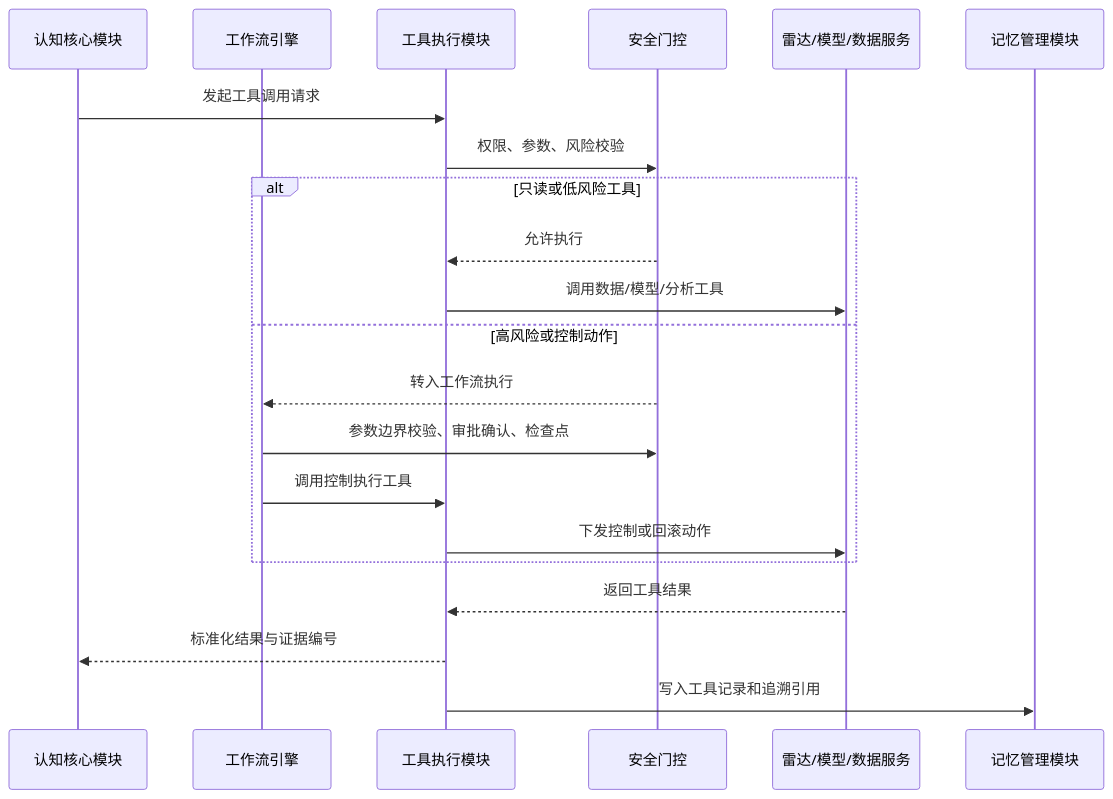
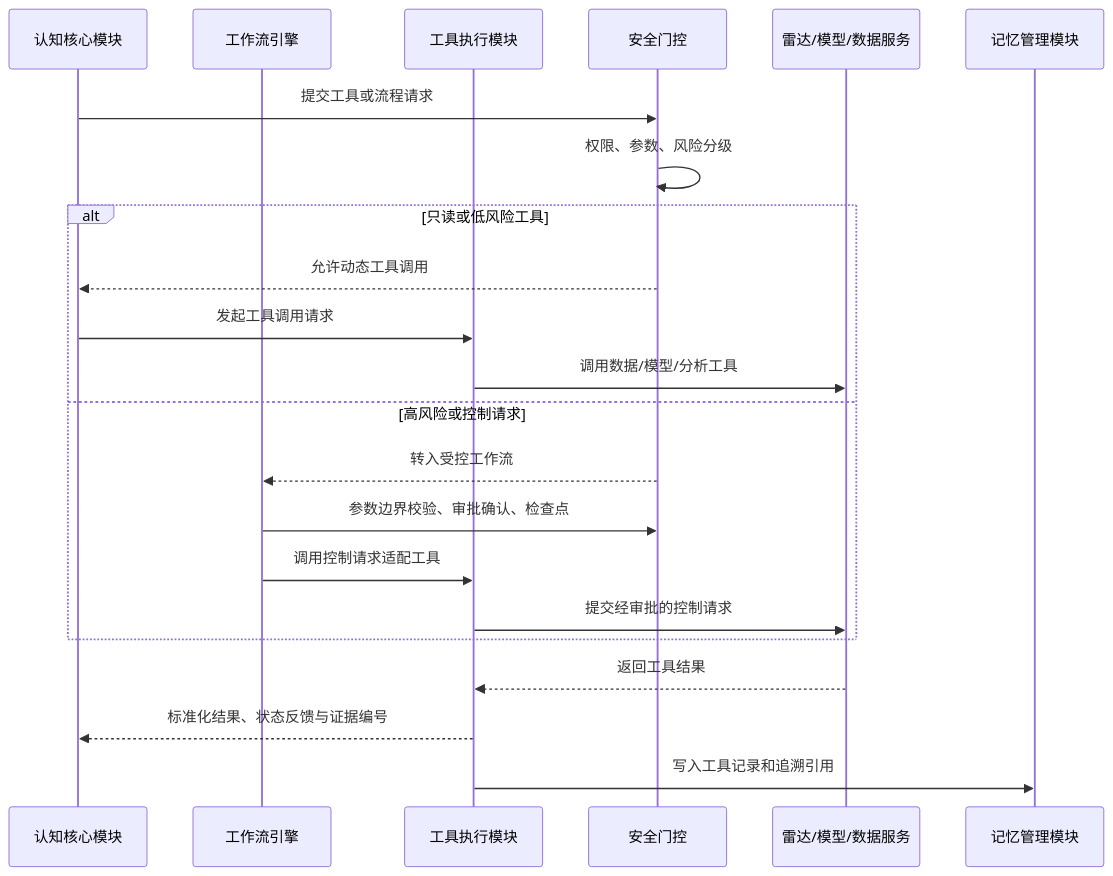
One commit to StormSeven1/obsidian-vault changed the sixth of 7 diagrams in radar agent/4.3.3.2 LD智能体子系统技术方案.md. Above: the diagram before and after it, drawn with Mermaid. The commit also changed other lines of this file, not shown here.

````diff
--- a/radar agent/4.3.3.2 LD智能体子系统技术方案.md
+++ b/radar agent/4.3.3.2 LD智能体子系统技术方案.md
@@ -426,24 +426,25 @@
 ```mermaid
 sequenceDiagram
     participant C as 认知核心模块
     participant W as 工作流引擎
     participant T as 工具执行模块
     participant G as 安全门控
     participant R as 雷达/模型/数据服务
     participant M as 记忆管理模块
 
-    C->>T: 发起工具调用请求
-    T->>G: 权限、参数、风险校验
+    C->>G: 提交工具或流程请求
+    G->>G: 权限、参数、风险分级
     alt 只读或低风险工具
-        G-->>T: 允许执行
+        G-->>C: 允许动态工具调用
+        C->>T: 发起工具调用请求
         T->>R: 调用数据/模型/分析工具
-    else 高风险或控制动作
-        G-->>W: 转入工作流执行
+    else 高风险或控制请求
+        G-->>W: 转入受控工作流
         W->>G: 参数边界校验、审批确认、检查点
-        W->>T: 调用控制执行工具
-        T->>R: 下发控制或回滚动作
+        W->>T: 调用控制请求适配工具
+        T->>R: 提交经审批的控制请求
     end
     R-->>T: 返回工具结果
-    T-->>C: 标准化结果与证据编号
+    T-->>C: 标准化结果、状态反馈与证据编号
     T->>M: 写入工具记录和追溯引用
 ```
````
